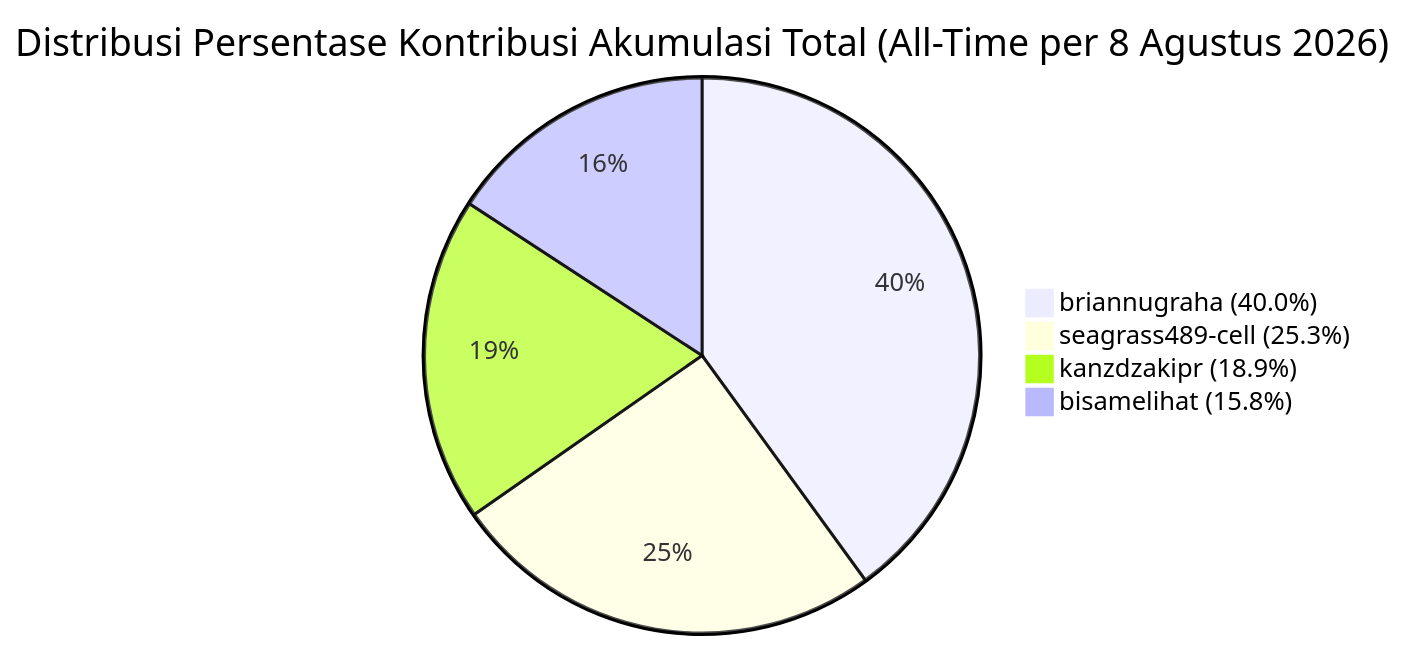
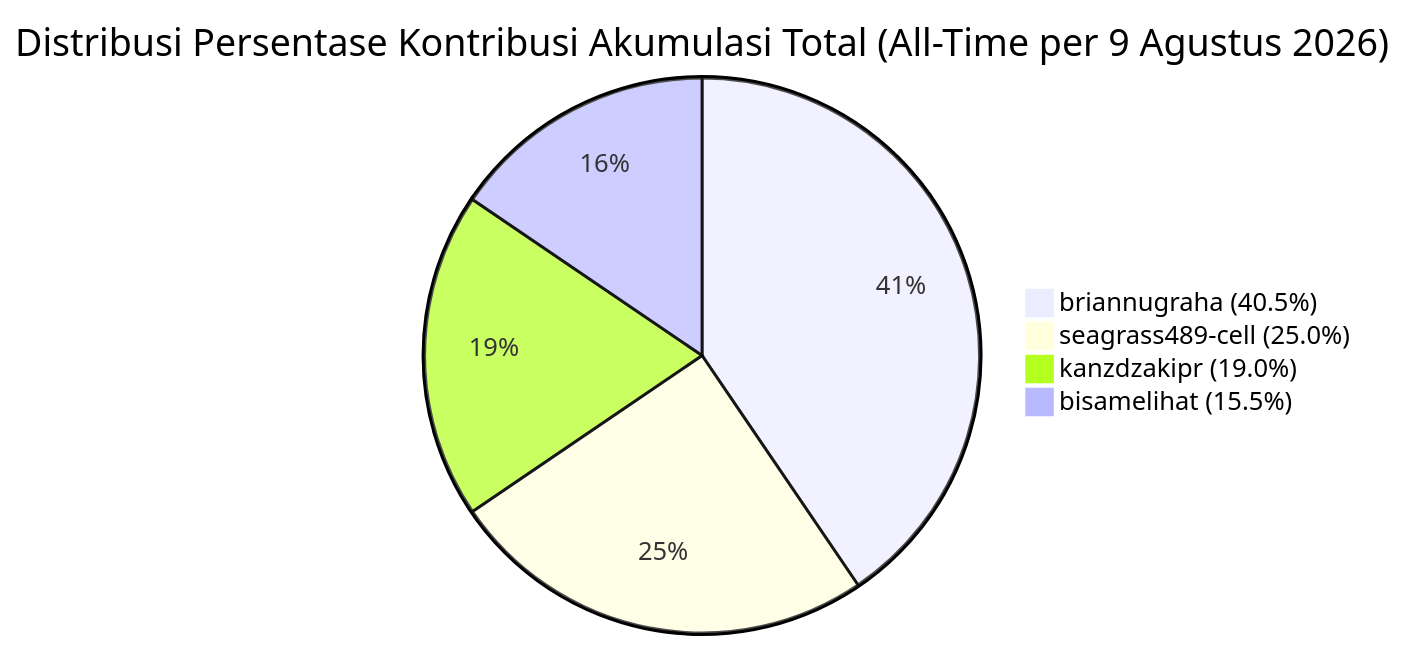
The first of 3 diagrams in KONTRIBUSI_TIM.md (kanzdzakipr/ServicePlan-BRA), drawn with Mermaid before and after one commit. The commit also changed other lines of this file, not shown here.

Commit message:
update kontribusi tim per 9 agustus

````diff
--- a/KONTRIBUSI_TIM.md
+++ b/KONTRIBUSI_TIM.md
@@ -58,7 +58,7 @@
 ```mermaid
-pie title Distribusi Persentase Kontribusi Akumulasi Total (All-Time per 8 Agustus 2026)
-    "briannugraha (40.0%)" : 40.0
-    "seagrass489-cell (25.3%)" : 25.3
-    "kanzdzakipr (18.9%)" : 18.9
-    "bisamelihat (15.8%)" : 15.8
+pie title Distribusi Persentase Kontribusi Akumulasi Total (All-Time per 9 Agustus 2026)
+    "briannugraha (40.5%)" : 40.5
+    "seagrass489-cell (25.0%)" : 25.0
+    "kanzdzakipr (19.0%)" : 19.0
+    "bisamelihat (15.5%)" : 15.5
 ```
````
